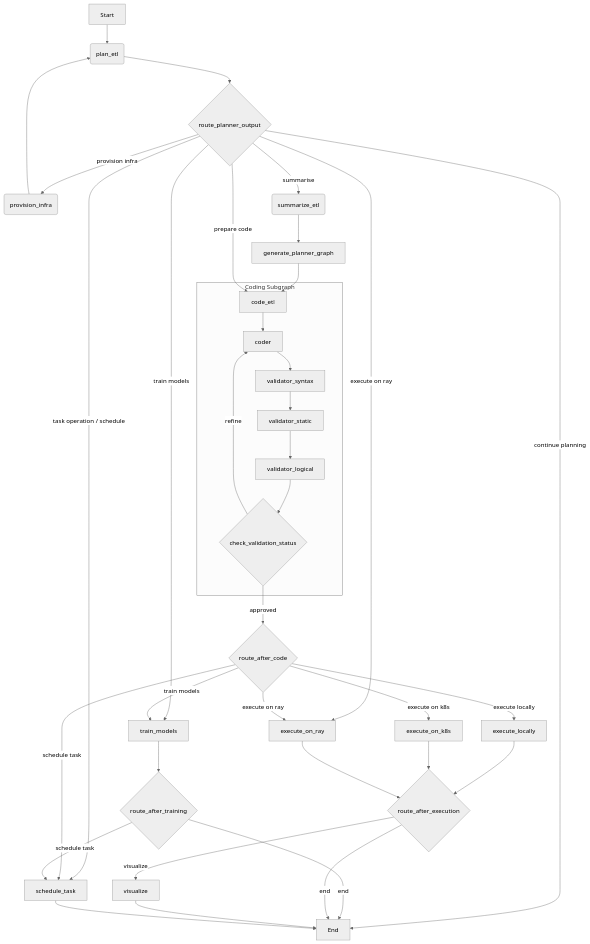
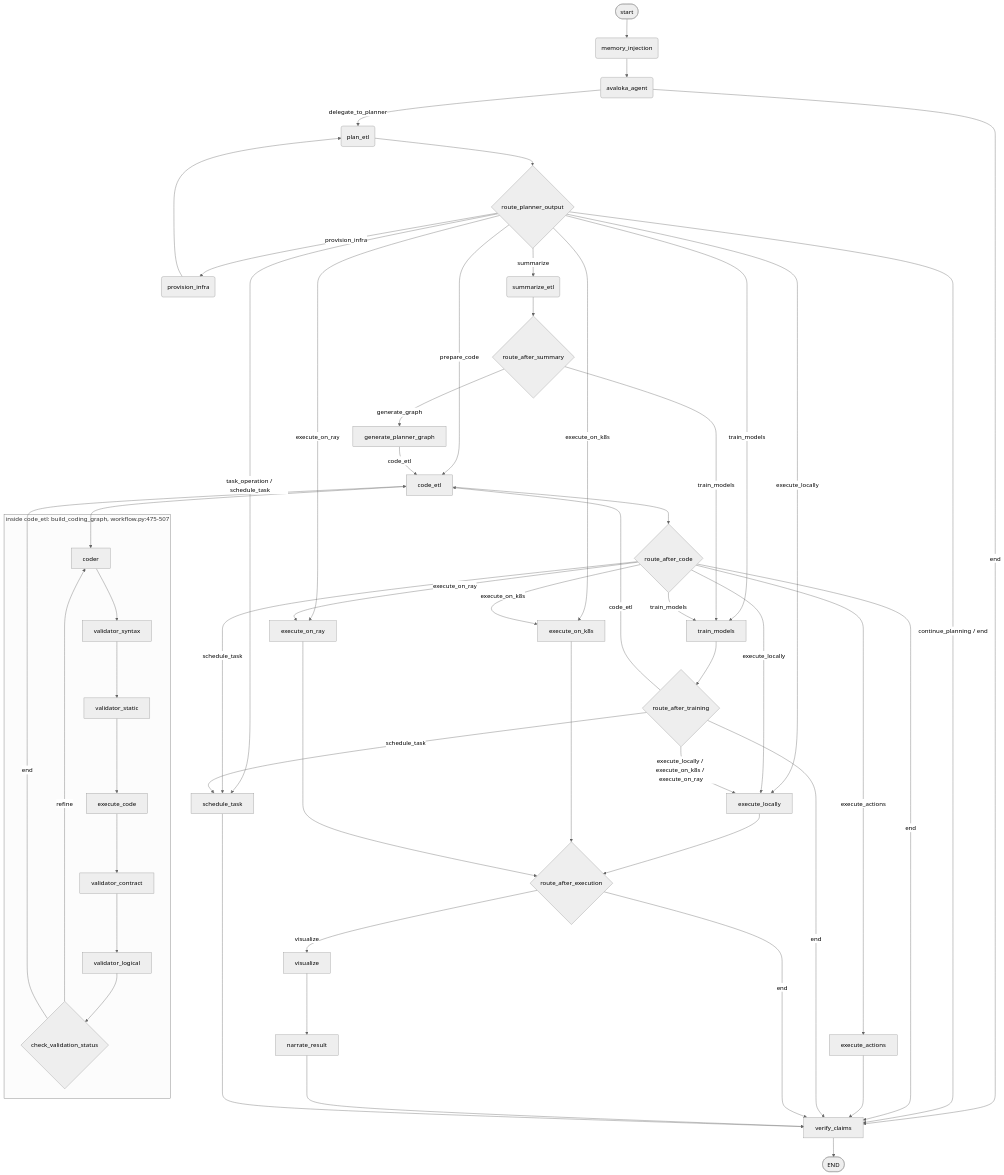
The first of 2 diagrams in docs/architecture.md (guruvaidev/avaloka), drawn with Mermaid (neutral theme) before and after one commit. The commit also changed other lines of this file and 63 other files, not shown here.

````diff
--- a/docs/architecture.md
+++ b/docs/architecture.md
@@ -418,40 +600,62 @@
 ```mermaid
-%% see avaloka-flowchart.mermaid for the source diagram
 graph TD
-    A[Start] --> B(plan_etl)
+    START([start]) --> MI(memory_injection)
+    MI --> AA(avaloka_agent)
+    AA -->|end| VC
+    AA -->|delegate_to_planner| B(plan_etl)
+
     B --> C{route_planner_output}
-    C -->|continue planning| V[End]
-    C -->|provision infra| D(provision_infra)
+    C -->|continue_planning / end| VC
+    C -->|provision_infra| D(provision_infra)
     D --> B
-    C -->|summarise| E(summarize_etl)
-    E --> F[generate_planner_graph]
-    F --> G[code_etl]
-    C -->|prepare code| G
-    C -->|train models| P[train_models]
-    C -->|task operation / schedule| Q[schedule_task]
-    C -->|execute on ray| R2[execute_on_ray]
-    subgraph "Coding Subgraph"
-        G --> H[coder]
-        H --> I[validator_syntax]
+    C -->|summarize| E(summarize_etl)
+    C -->|prepare_code| G
+    C -->|train_models| P
+    C -->|task_operation / schedule_task| Q
+    C -->|execute_locally| R
+    C -->|execute_on_k8s| S
+    C -->|execute_on_ray| R2
+
+    E --> E2{route_after_summary}
+    E2 -->|generate_graph| F[generate_planner_graph]
+    E2 -->|train_models| P
+    F -->|code_etl| G
+
+    G[code_etl] --> H
+    subgraph coding["inside code_etl: build_coding_graph, workflow.py:475-507"]
+        H[coder] --> I[validator_syntax]
         I --> J[validator_static]
-        J --> K[validator_logical]
+        J --> X[execute_code]
+        X --> Y[validator_contract]
+        Y --> K[validator_logical]
         K --> L{check_validation_status}
         L -->|refine| H
     end
-    L -->|approved| M{route_after_code}
-    M -->|train models| P
-    M -->|schedule task| Q
-    M -->|execute locally| R[execute_locally]
-    M -->|execute on k8s| S[execute_on_k8s]
-    M -->|execute on ray| R2
+    L -->|end| G
+
+    G --> M{route_after_code}
+    M -->|execute_actions| EA[execute_actions]
+    M -->|train_models| P[train_models]
+    M -->|schedule_task| Q[schedule_task]
+    M -->|execute_locally| R[execute_locally]
+    M -->|execute_on_k8s| S[execute_on_k8s]
+    M -->|execute_on_ray| R2[execute_on_ray]
+    M -->|end| VC
+    EA --> VC
+
     P --> T{route_after_training}
-    T -->|schedule task| Q
-    T -->|end| V
+    T -->|execute_locally / execute_on_k8s / execute_on_ray| R
+    T -->|code_etl| G
+    T -->|schedule_task| Q
+    T -->|end| VC
+
     R --> W{route_after_execution}
     S --> W
     R2 --> W
     W -->|visualize| U[visualize]
-    W -->|end| V
-    U --> V
-    Q --> V
+    W -->|end| VC
+    U --> N[narrate_result]
+    N --> VC
+    Q --> VC
+    VC[verify_claims] --> V([END])
 ```
````
